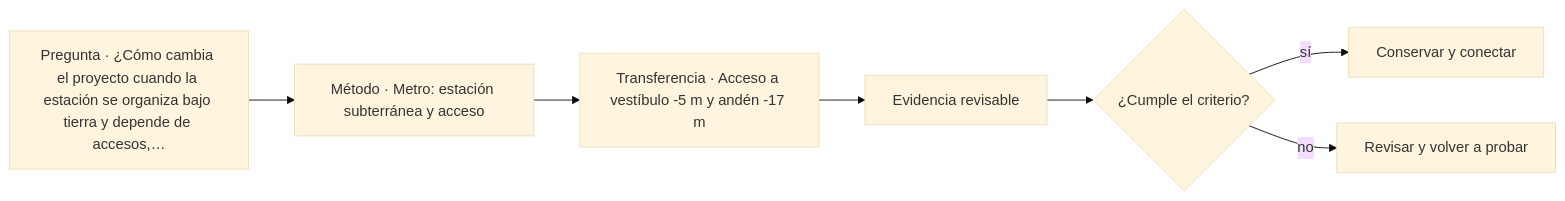
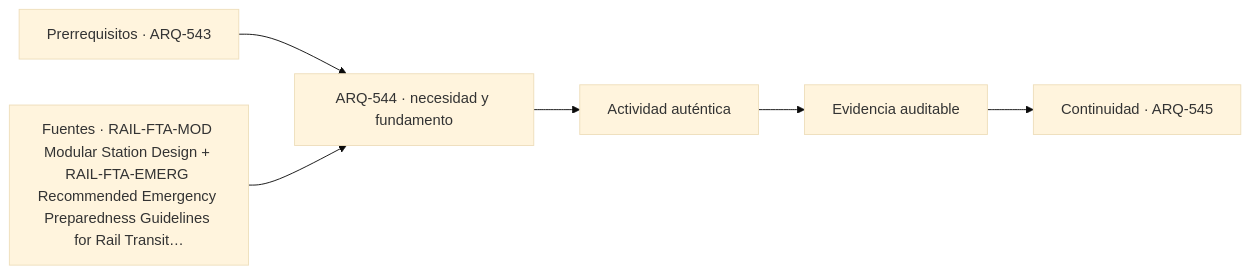
The diagram in classes/parte-55/ARQ-544.md (vladimiracunadev-create/architecture-built-environment-learning-program), drawn with Mermaid (base theme) before and after one commit. The commit also changed other lines of this file and 761 other files, not shown here.

````diff
--- a/classes/parte-55/ARQ-544.md
+++ b/classes/parte-55/ARQ-544.md
@@ -95,9 +107,8 @@
 ```mermaid
 flowchart LR
-    Q["Pregunta · ¿Cómo cambia el proyecto cuando la estación se organiza bajo tierra y depende de accesos,…"] --> M["Método · Metro: estación subterránea y acceso"]
-    M --> P["Transferencia · Acceso a vestíbulo -5 m y andén -17 m"]
-    P --> E["Evidencia revisable"]
-    E --> C{"¿Cumple el criterio?"}
-    C -->|sí| T["Conservar y conectar"]
-    C -->|no| R["Revisar y volver a probar"]
+    A["Prerrequisitos · ARQ-543"] --> B["ARQ-544 · necesidad y fundamento"]
+    S["Fuentes · RAIL-FTA-MOD Modular Station Design + RAIL-FTA-EMERG Recommended Emergency Preparedness Guidelines for Rail Transit…"] --> B
+    B --> C["Actividad auténtica"]
+    C --> D["Evidencia auditable"]
+    D --> E["Continuidad · ARQ-545"]
 ```
````
